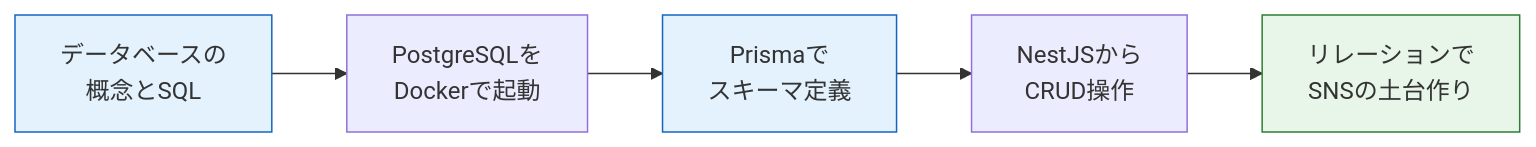
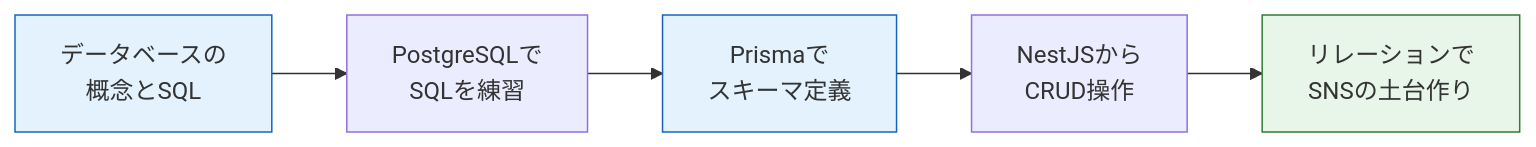
The diagram in cloudflare-site/src/content/docs/database/index.md (dik-ab/school-curriculum-platform), drawn with Mermaid before and after one commit. The commit also changed other lines of this file, not shown here.

````diff
--- a/cloudflare-site/src/content/docs/database/index.md
+++ b/cloudflare-site/src/content/docs/database/index.md
@@ -22,10 +22,10 @@
 ```mermaid
 flowchart LR
-    A["データベースの<br>概念とSQL"] --> B["PostgreSQLを<br>Dockerで起動"]
+    A["データベースの<br>概念とSQL"] --> B["PostgreSQLで<br>SQLを練習"]
     B --> C["Prismaで<br>スキーマ定義"]
     C --> D["NestJSから<br>CRUD操作"]
     D --> E["リレーションで<br>SNSの土台作り"]
     style A fill:#e3f2fd,stroke:#1565c0
     style C fill:#e3f2fd,stroke:#1565c0
     style E fill:#e8f5e9,stroke:#2e7d32
 ```
````
